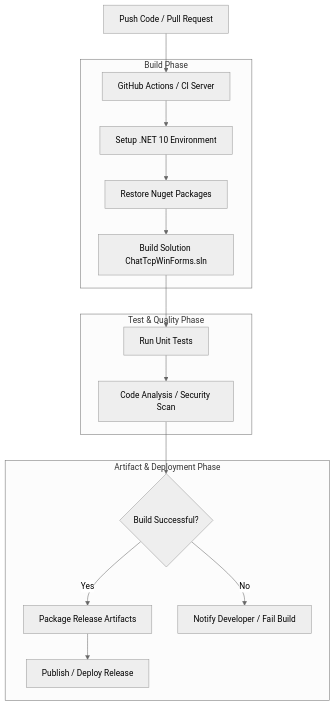
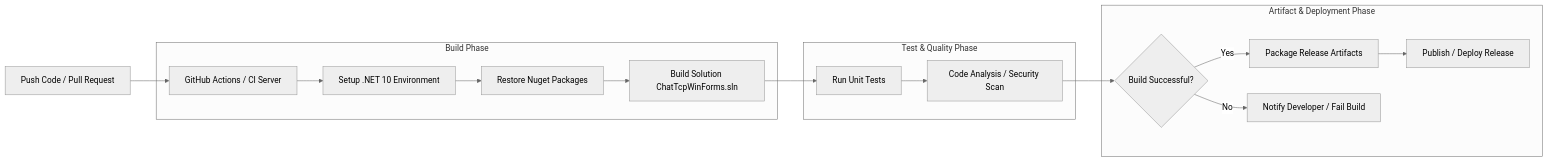
One commit to Duckkeip/LapTrinhMang-Nhom5 changed the diagram in README.md. Above: the diagram before and after it, drawn with Mermaid (neutral theme).

````diff
--- a/README.md
+++ b/README.md
@@ -81,22 +81,22 @@
 ```mermaid
-flowchart TD
+flowchart LR
     A[Push Code / Pull Request] --> B[GitHub Actions / CI Server]
     
     subgraph Build Phase
         B --> C[Setup .NET 10 Environment]
         C --> D[Restore Nuget Packages]
         D --> E[Build Solution ChatTcpWinForms.sln]
     end
 
     subgraph Test & Quality Phase
         E --> F[Run Unit Tests]
         F --> G[Code Analysis / Security Scan]
     end
 
     subgraph Artifact & Deployment Phase
         G --> H{Build Successful?}
         H -- Yes --> I[Package Release Artifacts]
         H -- No --> J[Notify Developer / Fail Build]
         I --> K[Publish / Deploy Release]
     end
 ```
````
